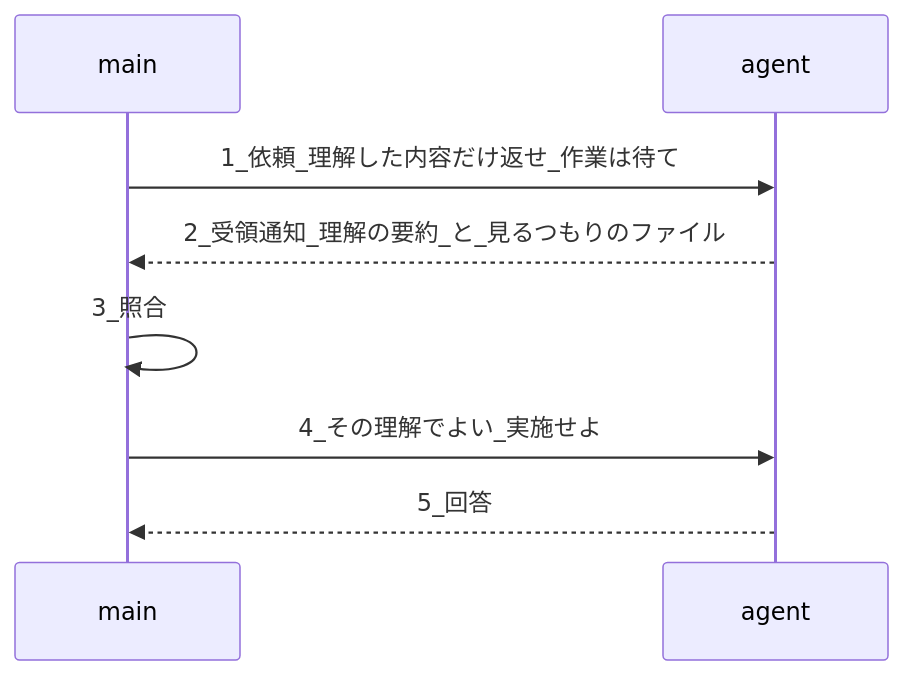
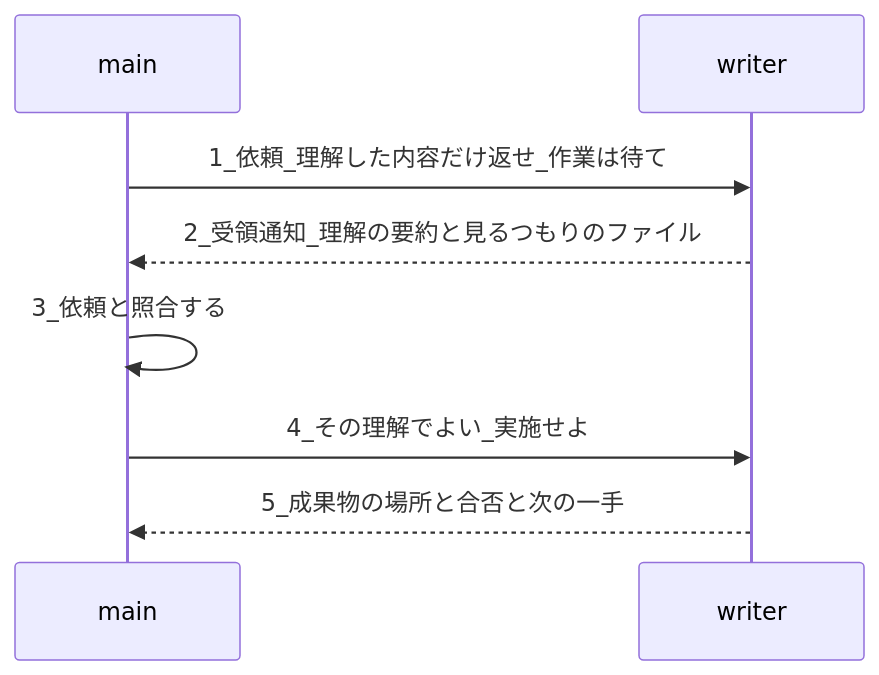
The first of 5 diagrams in maintenance/2026-08-10/07-agent-orchestration-rules.md (GoodRelax/gr-sw-maker), drawn with Mermaid before and after one commit. The commit also changed other lines of this file and 5 other files, not shown here.

````diff
--- a/maintenance/2026-08-10/07-agent-orchestration-rules.md
+++ b/maintenance/2026-08-10/07-agent-orchestration-rules.md
@@ -113,10 +216,10 @@
 ```mermaid
 sequenceDiagram
-    participant A as main
-    participant B as agent
-    A ->> B : 1_依頼_理解した内容だけ返せ_作業は待て
-    B -->> A : 2_受領通知_理解の要約_と_見るつもりのファイル
-    A ->> A : 3_照合
-    A ->> B : 4_その理解でよい_実施せよ
-    B -->> A : 5_回答
+    participant M as main
+    participant W as writer
+    M ->> W : 1_依頼_理解した内容だけ返せ_作業は待て
+    W -->> M : 2_受領通知_理解の要約と見るつもりのファイル
+    M ->> M : 3_依頼と照合する
+    M ->> W : 4_その理解でよい_実施せよ
+    W -->> M : 5_成果物の場所と合否と次の一手
 ```
````
